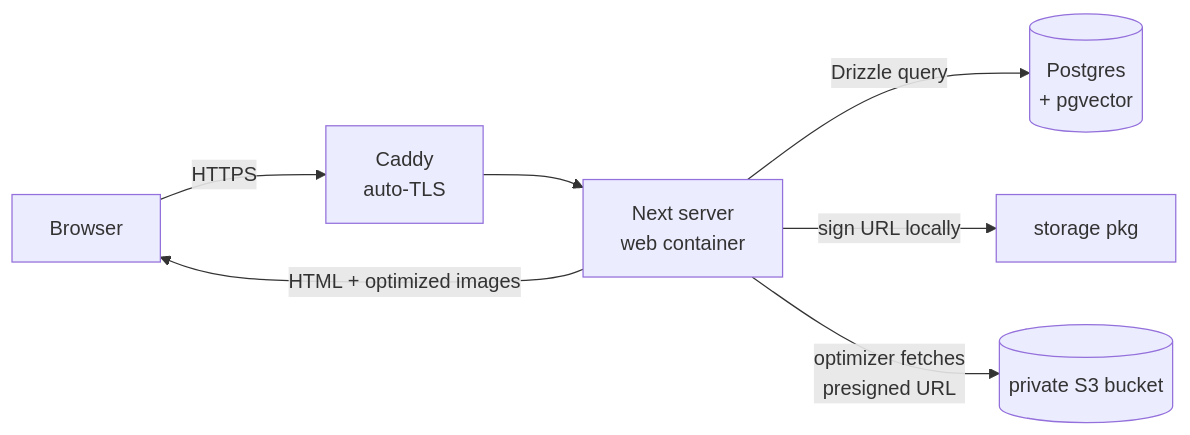
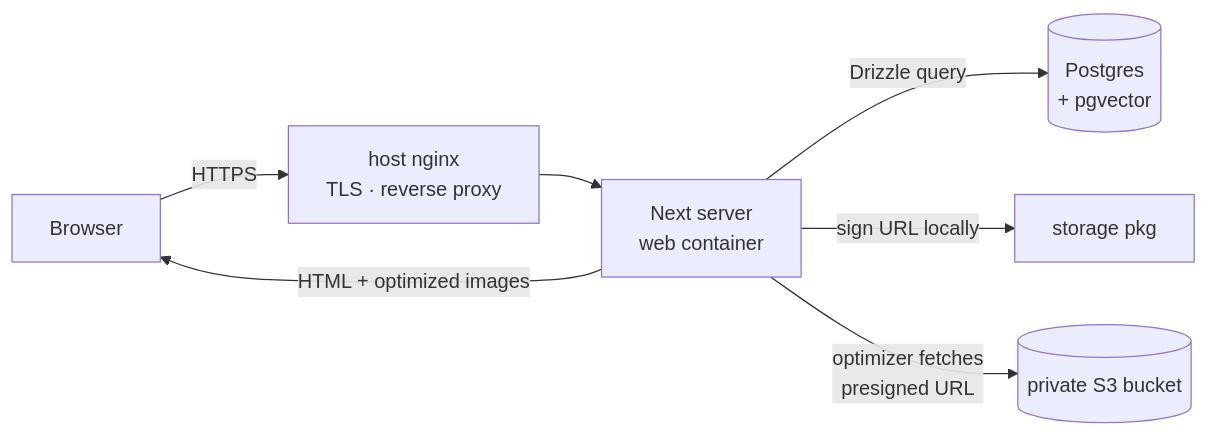
One commit to Dragon-Of-Dojima/architectrAIts changed the first of 3 diagrams in README.md. Above: the diagram before and after it, drawn with Mermaid. The commit also changed other lines of this file, not shown here.

````diff
--- a/README.md
+++ b/README.md
@@ -34,9 +35,9 @@
 ```mermaid
 flowchart LR
-    B[Browser] -->|HTTPS| C[Caddy<br/>auto-TLS]
+    B[Browser] -->|HTTPS| C[host nginx<br/>TLS · reverse proxy]
     C --> W[Next server<br/>web container]
     W -->|Drizzle query| P[(Postgres<br/>+ pgvector)]
     W -->|sign URL locally| S3W[storage pkg]
     W -->|optimizer fetches<br/>presigned URL| S3[(private S3 bucket)]
     W -->|HTML + optimized images| B
 ```
````
